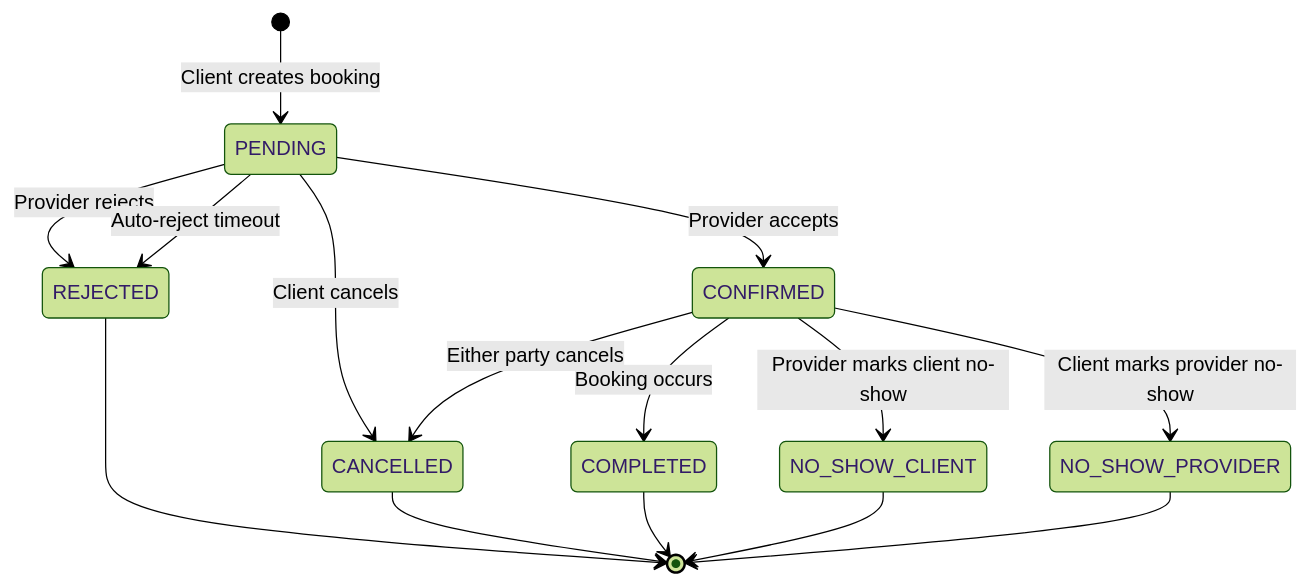
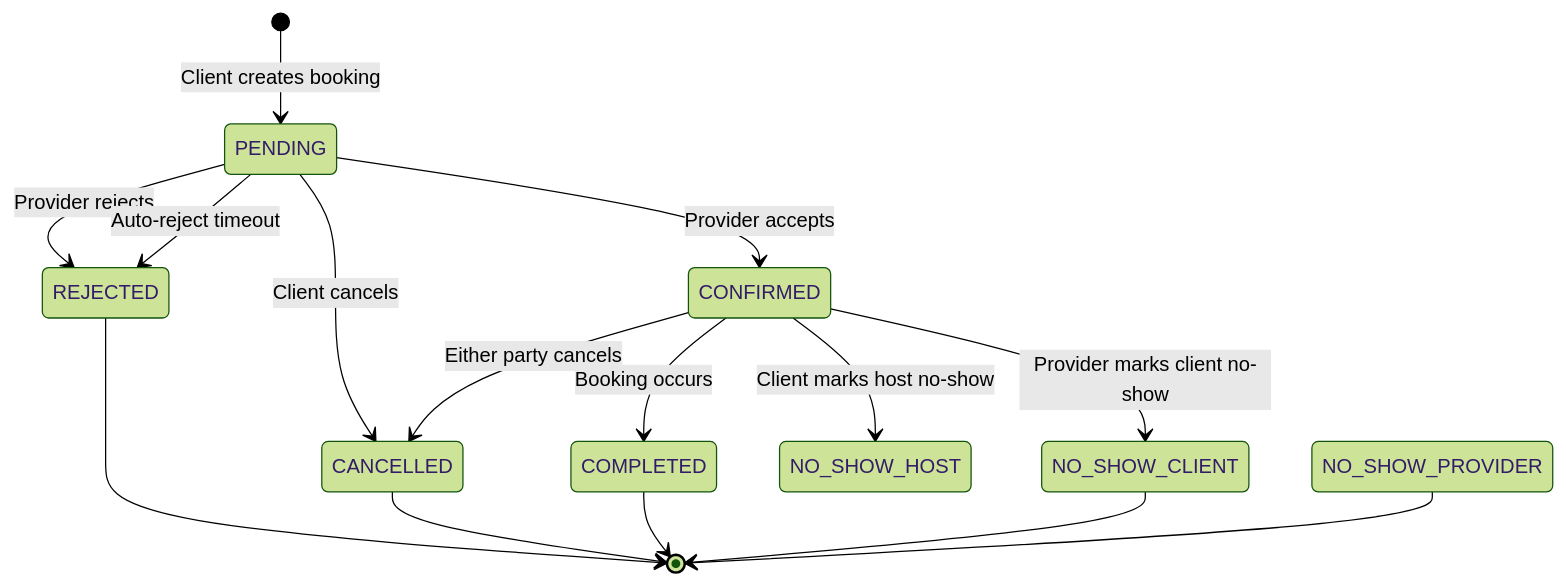
The first of 4 diagrams in specs/api/src/modules/booking.md (107maginhawa/dlemon), drawn with Mermaid (forest theme) before and after one commit. The commit also changed other lines of this file and 37 other files, not shown here.

````diff
--- a/specs/api/src/modules/booking.md
+++ b/specs/api/src/modules/booking.md
@@ -309,20 +309,20 @@
 ```mermaid
 stateDiagram-v2
     [*] --> PENDING: Client creates booking
     
     PENDING --> CONFIRMED: Provider accepts
     PENDING --> REJECTED: Provider rejects
     PENDING --> REJECTED: Auto-reject timeout
     PENDING --> CANCELLED: Client cancels
     
     CONFIRMED --> CANCELLED: Either party cancels
     CONFIRMED --> COMPLETED: Booking occurs
     CONFIRMED --> NO_SHOW_CLIENT: Provider marks client no-show
-    CONFIRMED --> NO_SHOW_PROVIDER: Client marks provider no-show
+    CONFIRMED --> NO_SHOW_HOST: Client marks host no-show
     
     REJECTED --> [*]
     CANCELLED --> [*]
     COMPLETED --> [*]
     NO_SHOW_CLIENT --> [*]
     NO_SHOW_PROVIDER --> [*]
 ```
````
